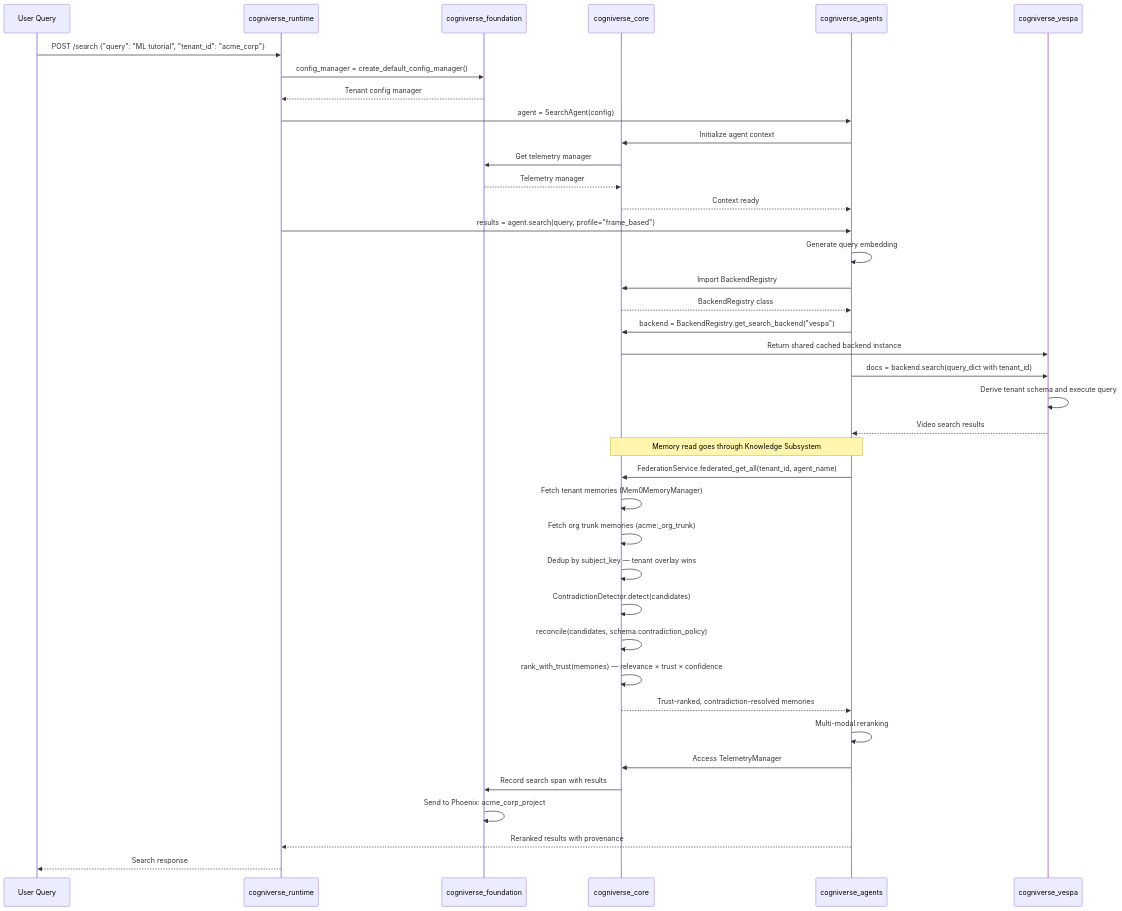
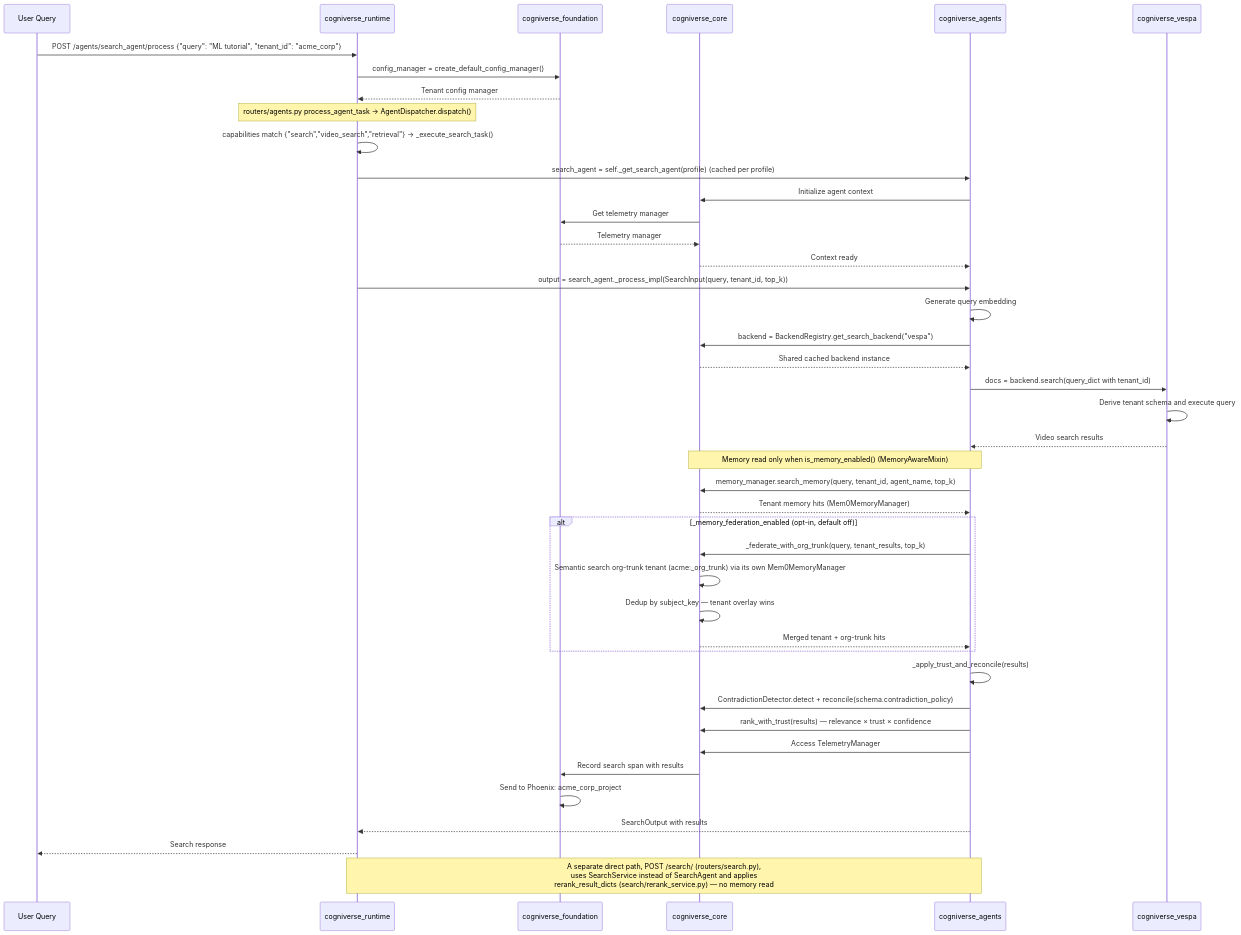
Before and after one commit to amit-jain/cogniverse: diagram 18 of 27 in docs/diagrams/sdk-architecture-diagrams.md, drawn with Mermaid. The commit also changed other lines of this file and 119 other files, not shown here.

````diff
--- a/docs/diagrams/sdk-architecture-diagrams.md
+++ b/docs/diagrams/sdk-architecture-diagrams.md
@@ -581,52 +1109,57 @@
 ```mermaid
 sequenceDiagram
     participant User as User Query
     participant Runtime as cogniverse_runtime
     participant Foundation as cogniverse_foundation
     participant Core as cogniverse_core
     participant Agents as cogniverse_agents
     participant Vespa as cogniverse_vespa
 
-    User->>Runtime: POST /search {"query": "ML tutorial", "tenant_id": "acme_corp"}
+    User->>Runtime: POST /agents/search_agent/process {"query": "ML tutorial", "tenant_id": "acme_corp"}
 
     Runtime->>Foundation: config_manager = create_default_config_manager()
     Foundation-->>Runtime: Tenant config manager
 
-    Runtime->>Agents: agent = SearchAgent(config)
+    Note over Runtime: routers/agents.py process_agent_task → AgentDispatcher.dispatch()
+    Runtime->>Runtime: capabilities match {"search","video_search","retrieval"} → _execute_search_task()
+    Runtime->>Agents: search_agent = self._get_search_agent(profile) (cached per profile)
     Agents->>Core: Initialize agent context
     Core->>Foundation: Get telemetry manager
     Foundation-->>Core: Telemetry manager
     Core-->>Agents: Context ready
 
-    Runtime->>Agents: results = agent.search(query, profile="frame_based")
+    Runtime->>Agents: output = search_agent._process_impl(SearchInput(query, tenant_id, top_k))
 
     Agents->>Agents: Generate query embedding
 
-    Agents->>Core: Import BackendRegistry
-    Core-->>Agents: BackendRegistry class
-
     Agents->>Core: backend = BackendRegistry.get_search_backend("vespa")
-    Core->>Vespa: Return shared cached backend instance
+    Core-->>Agents: Shared cached backend instance
 
     Agents->>Vespa: docs = backend.search(query_dict with tenant_id)
     Vespa->>Vespa: Derive tenant schema and execute query
     Vespa-->>Agents: Video search results
 
-    Note over Agents,Core: Memory read goes through Knowledge Subsystem
-    Agents->>Core: FederationService.federated_get_all(tenant_id, agent_name)
-    Core->>Core: Fetch tenant memories (Mem0MemoryManager)
-    Core->>Core: Fetch org trunk memories (acme:_org_trunk)
-    Core->>Core: Dedup by subject_key — tenant overlay wins
-    Core->>Core: ContradictionDetector.detect(candidates)
-    Core->>Core: reconcile(candidates, schema.contradiction_policy)
-    Core->>Core: rank_with_trust(memories) — relevance × trust × confidence
-    Core-->>Agents: Trust-ranked, contradiction-resolved memories
+    Note over Agents,Core: Memory read only when is_memory_enabled() (MemoryAwareMixin)
+    Agents->>Core: memory_manager.search_memory(query, tenant_id, agent_name, top_k)
+    Core-->>Agents: Tenant memory hits (Mem0MemoryManager)
 
-    Agents->>Agents: Multi-modal reranking
+    alt _memory_federation_enabled (opt-in, default off)
+        Agents->>Core: _federate_with_org_trunk(query, tenant_results, top_k)
+        Core->>Core: Semantic search org-trunk tenant (acme:_org_trunk) via its own Mem0MemoryManager
+        Core->>Core: Dedup by subject_key — tenant overlay wins
+        Core-->>Agents: Merged tenant + org-trunk hits
+    end
+
+    Agents->>Agents: _apply_trust_and_reconcile(results)
+    Agents->>Core: ContradictionDetector.detect + reconcile(schema.contradiction_policy)
+    Agents->>Core: rank_with_trust(results) — relevance × trust × confidence
+
     Agents->>Core: Access TelemetryManager
     Core->>Foundation: Record search span with results
     Foundation->>Foundation: Send to Phoenix: acme_corp_project
 
-    Agents-->>Runtime: Reranked results with provenance
+    Agents-->>Runtime: SearchOutput with results
     Runtime-->>User: Search response
+
+    Note over Runtime,Agents: A separate direct path, POST /search/ (routers/search.py),<br/>uses SearchService instead of SearchAgent and applies<br/>rerank_result_dicts (search/rerank_service.py) — no memory read
 ```
````
